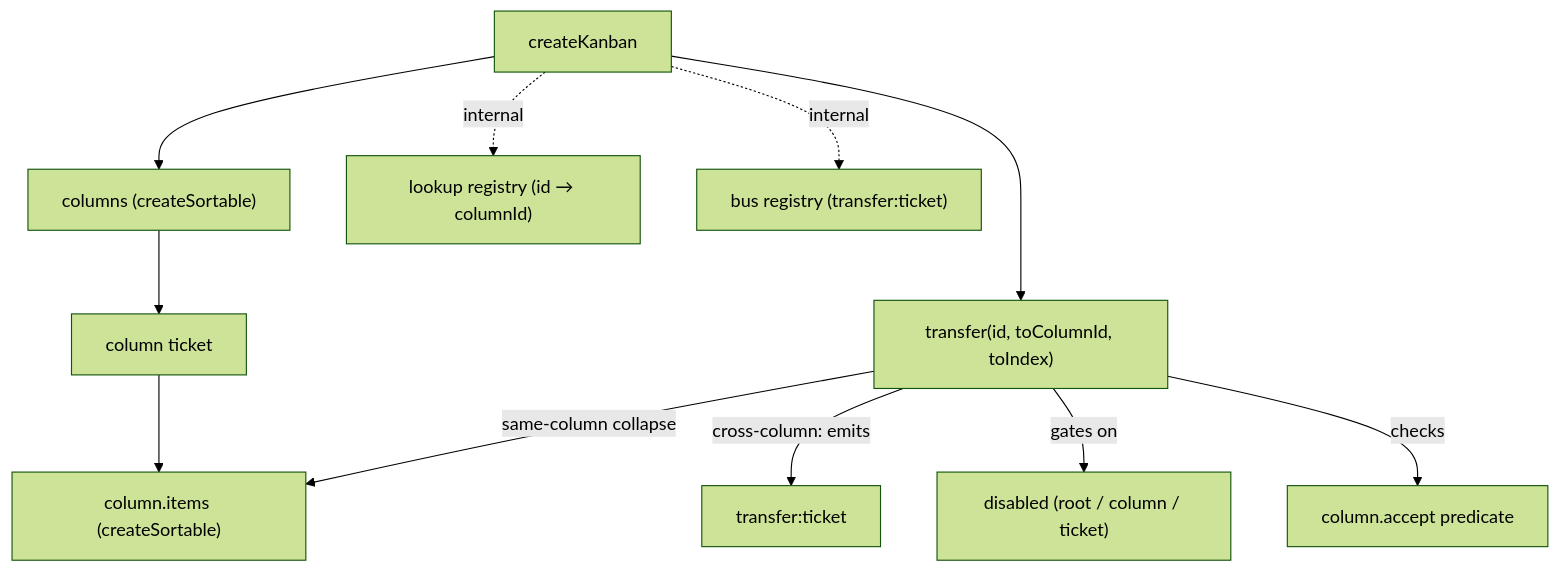
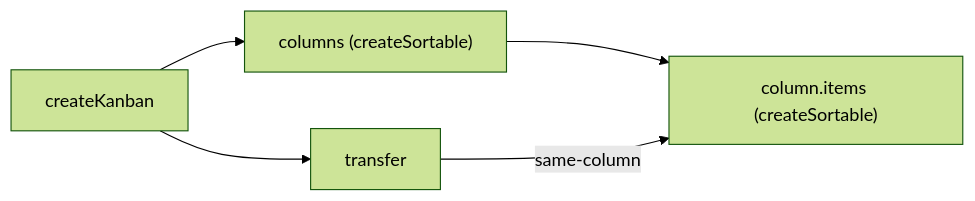
One commit to vuetifyjs/0 changed the first of 2 diagrams in apps/docs/src/pages/composables/data/create-kanban.md. Above: the diagram before and after it, drawn with Mermaid (forest theme). The commit also changed other lines of this file, not shown here.

First line of the commit message:
docs(createKanban): correct the cross-column transfer event sequence (#890)

````diff
--- a/apps/docs/src/pages/composables/data/create-kanban.md
+++ b/apps/docs/src/pages/composables/data/create-kanban.md
@@ -66,13 +66,7 @@
 ```mermaid "Kanban Architecture"
-flowchart TD
+flowchart LR
   createKanban:::primary --> columns["columns (createSortable)"]
-  columns --> col1["column ticket"]
-  col1 --> items1["column.items (createSortable)"]
-  createKanban --> transfer["transfer(id, toColumnId, toIndex)"]
-  transfer -- "same-column collapse" --> items1
-  transfer -- "cross-column: emits" --> transferEvent["transfer:ticket"]
-  transfer -- "gates on" --> disabled["disabled (root / column / ticket)"]
-  transfer -- "checks" --> accept["column.accept predicate"]
-  createKanban -. "internal" .-> lookup["lookup registry (id → columnId)"]
-  createKanban -. "internal" .-> bus["bus registry (transfer:ticket)"]
+  columns --> items["column.items (createSortable)"]
+  createKanban --> transfer
+  transfer -->|same-column| items
 ```
````
